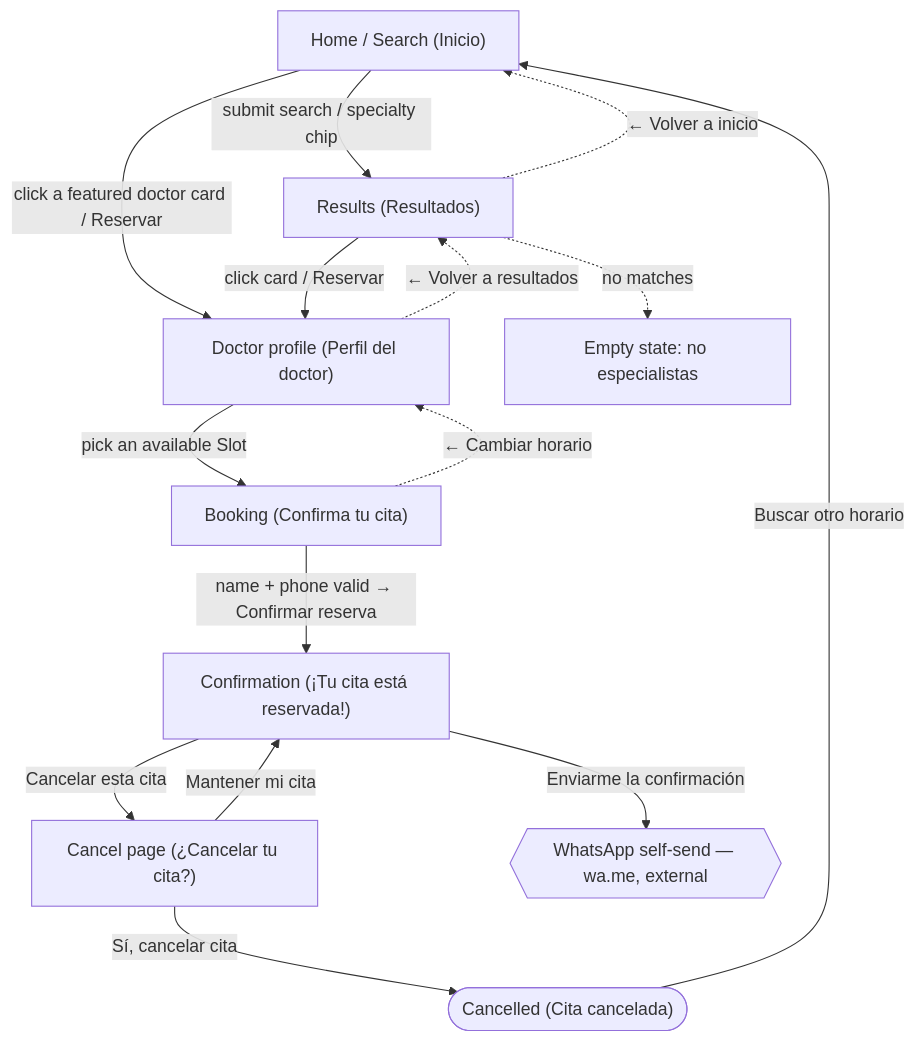
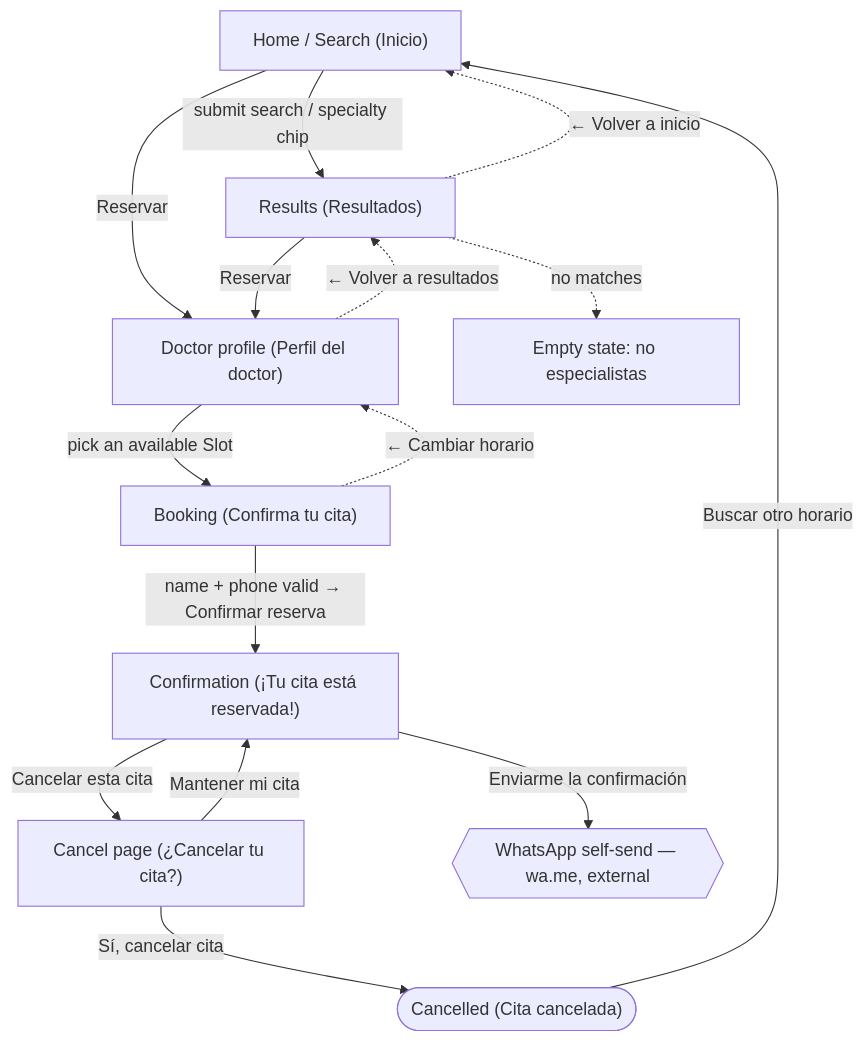
The first of 4 diagrams in docs/flows/patient-site.md (DaleneyRuben/alivia), drawn with Mermaid before and after one commit. The commit also changed other lines of this file and 3 other files, not shown here.

Commit message:
make only reservar clickable on result card

````diff
--- a/docs/flows/patient-site.md
+++ b/docs/flows/patient-site.md
@@ -10,28 +10,28 @@
 ```mermaid
 flowchart TD
     Home["Home / Search (Inicio)"]
     Results["Results (Resultados)"]
     Profile["Doctor profile (Perfil del doctor)"]
     Booking["Booking (Confirma tu cita)"]
     Confirm["Confirmation (¡Tu cita está reservada!)"]
     Cancel["Cancel page (¿Cancelar tu cita?)"]
     Cancelled(["Cancelled (Cita cancelada)"])
     WA{{"WhatsApp self-send — wa.me, external"}}
     Empty["Empty state: no especialistas"]
 
     Home -->|"submit search / specialty chip"| Results
-    Home -->|"click a featured doctor card / Reservar"| Profile
-    Results -->|"click card / Reservar"| Profile
+    Home -->|"Reservar"| Profile
+    Results -->|"Reservar"| Profile
     Results -.->|"no matches"| Empty
     Profile -->|"pick an available Slot"| Booking
     Booking -->|"name + phone valid → Confirmar reserva"| Confirm
     Confirm -->|"Enviarme la confirmación"| WA
     Confirm -->|"Cancelar esta cita"| Cancel
     Cancel -->|"Sí, cancelar cita"| Cancelled
     Cancel -->|"Mantener mi cita"| Confirm
     Cancelled -->|"Buscar otro horario"| Home
 
     Results -.->|"← Volver a inicio"| Home
     Profile -.->|"← Volver a resultados"| Results
     Booking -.->|"← Cambiar horario"| Profile
 ```
````
